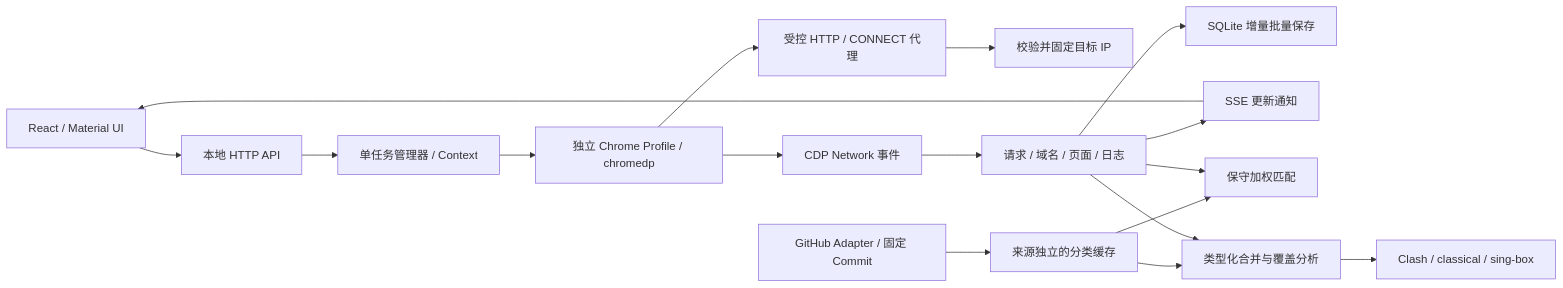
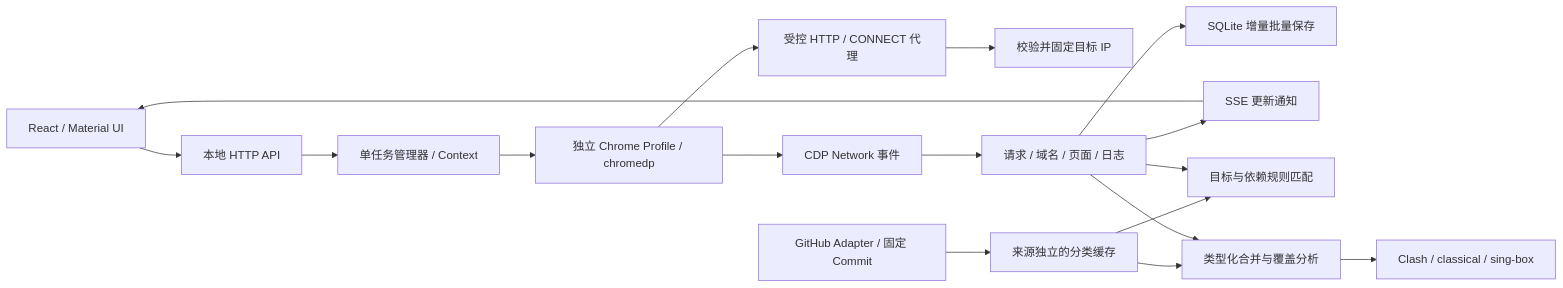
One commit to Kokomi-maomeng/Castorice-WebRuleAnalyzer changed the diagram in docs/ARCHITECTURE.md. Above: the diagram before and after it, drawn with Mermaid. The commit also changed other lines of this file and 61 other files, not shown here.

````diff
--- a/docs/ARCHITECTURE.md
+++ b/docs/ARCHITECTURE.md
@@ -5,19 +5,19 @@
 ```mermaid
 flowchart LR
   UI[React / Material UI] --> API[本地 HTTP API]
   API --> Tasks[单任务管理器 / Context]
   Tasks --> Browser[独立 Chrome Profile / chromedp]
   Browser --> Guard[受控 HTTP / CONNECT 代理]
   Guard --> Site[校验并固定目标 IP]
   Browser --> CDP[CDP Network 事件]
   CDP --> Recorder[请求 / 域名 / 页面 / 日志]
   Recorder --> SQLite[SQLite 增量批量保存]
   Recorder --> SSE[SSE 更新通知]
   SSE --> UI
   Source[GitHub Adapter / 固定 Commit] --> Rules[来源独立的分类缓存]
-  Rules --> Match[保守加权匹配]
+  Rules --> Match[目标与依赖规则匹配]
   Recorder --> Match
   Rules --> Merge[类型化合并与覆盖分析]
   Recorder --> Merge
   Merge --> Export[Clash / classical / sing-box]
 ```
````
